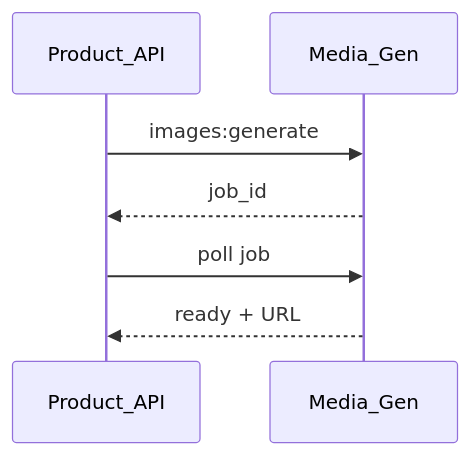
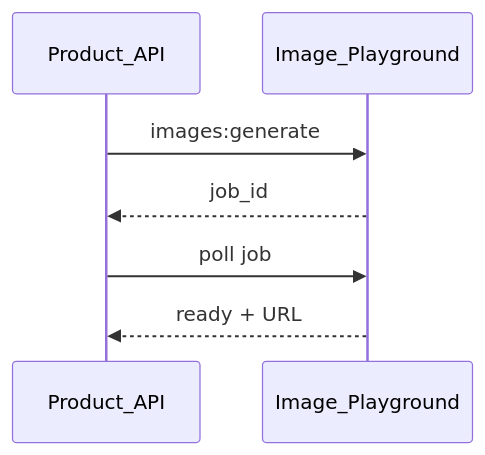
One commit to felixzhu97/explore-ml changed the fourth of 4 diagrams in docs/user-guide/loopback-integration.md. Above: the diagram before and after it, drawn with Mermaid. The commit also changed other lines of this file and 53 other files, not shown here.

First line of the commit message:
Split media-gen into Image Playground Speech Video (#14)

````diff
--- a/docs/user-guide/loopback-integration.md
+++ b/docs/user-guide/loopback-integration.md
@@ -132,9 +138,9 @@
 ```mermaid
 sequenceDiagram
   participant API as Product_API
-  participant MG as Media_Gen
-  API->>MG: images:generate
-  MG-->>API: job_id
-  API->>MG: poll job
-  MG-->>API: ready + URL
+  participant IP as Image_Playground
+  API->>IP: images:generate
+  IP-->>API: job_id
+  API->>IP: poll job
+  IP-->>API: ready + URL
 ```
````
